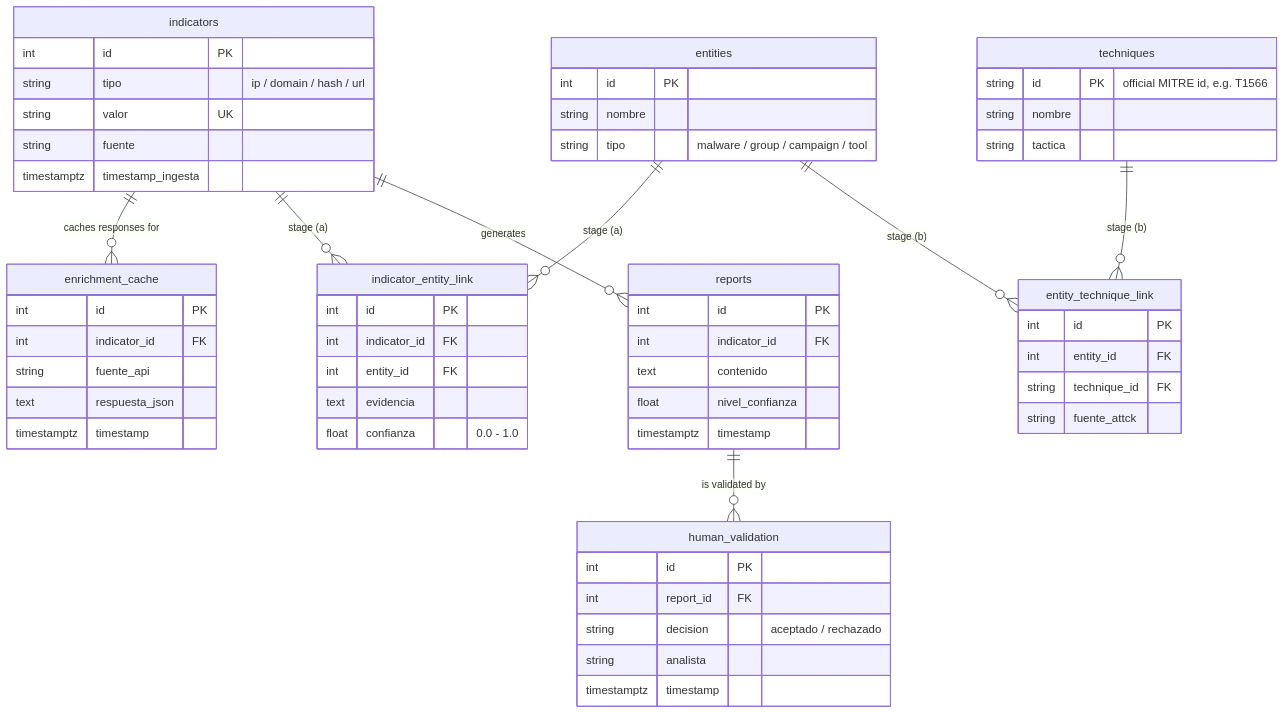
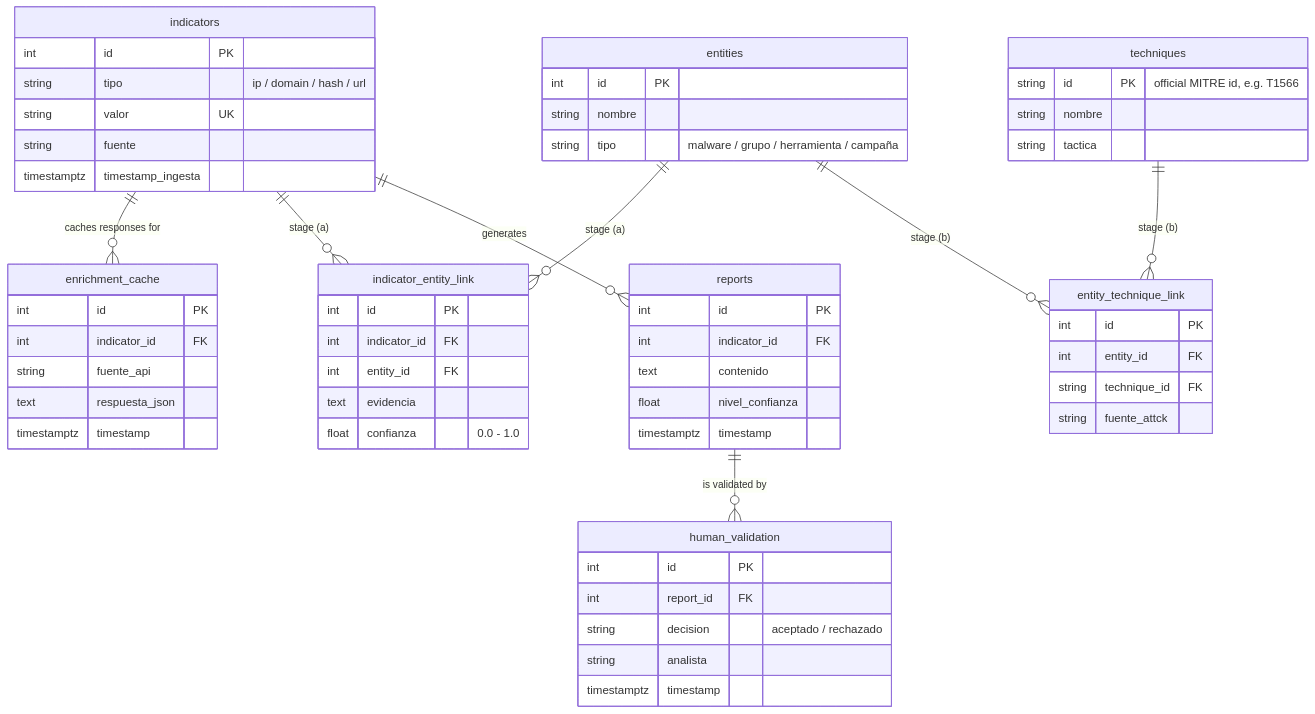
The fourth of 4 diagrams in README.md (NEXO-FDSI/NEXO-BACKEND), drawn with Mermaid before and after one commit. The commit also changed other lines of this file and 18 other files, not shown here.

````diff
--- a/README.md
+++ b/README.md
@@ -35,62 +163,62 @@
 ```mermaid
 erDiagram
     indicators ||--o{ enrichment_cache : "caches responses for"
     indicators ||--o{ indicator_entity_link : "stage (a)"
     entities   ||--o{ indicator_entity_link : "stage (a)"
     entities   ||--o{ entity_technique_link : "stage (b)"
     techniques ||--o{ entity_technique_link : "stage (b)"
     indicators ||--o{ reports : "generates"
     reports    ||--o{ human_validation : "is validated by"
 
     indicators {
         int id PK
         string tipo "ip / domain / hash / url"
         string valor UK
         string fuente
         timestamptz timestamp_ingesta
     }
     enrichment_cache {
         int id PK
         int indicator_id FK
         string fuente_api
         text respuesta_json
         timestamptz timestamp
     }
     entities {
         int id PK
         string nombre
-        string tipo "malware / group / campaign / tool"
+        string tipo "malware / grupo / herramienta / campaña"
     }
     indicator_entity_link {
         int id PK
         int indicator_id FK
         int entity_id FK
         text evidencia
         float confianza "0.0 - 1.0"
     }
     techniques {
         string id PK "official MITRE id, e.g. T1566"
         string nombre
         string tactica
     }
     entity_technique_link {
         int id PK
         int entity_id FK
         string technique_id FK
         string fuente_attck
     }
     reports {
         int id PK
         int indicator_id FK
         text contenido
         float nivel_confianza
         timestamptz timestamp
     }
     human_validation {
         int id PK
         int report_id FK
         string decision "aceptado / rechazado"
         string analista
         timestamptz timestamp
     }
 ```
````
